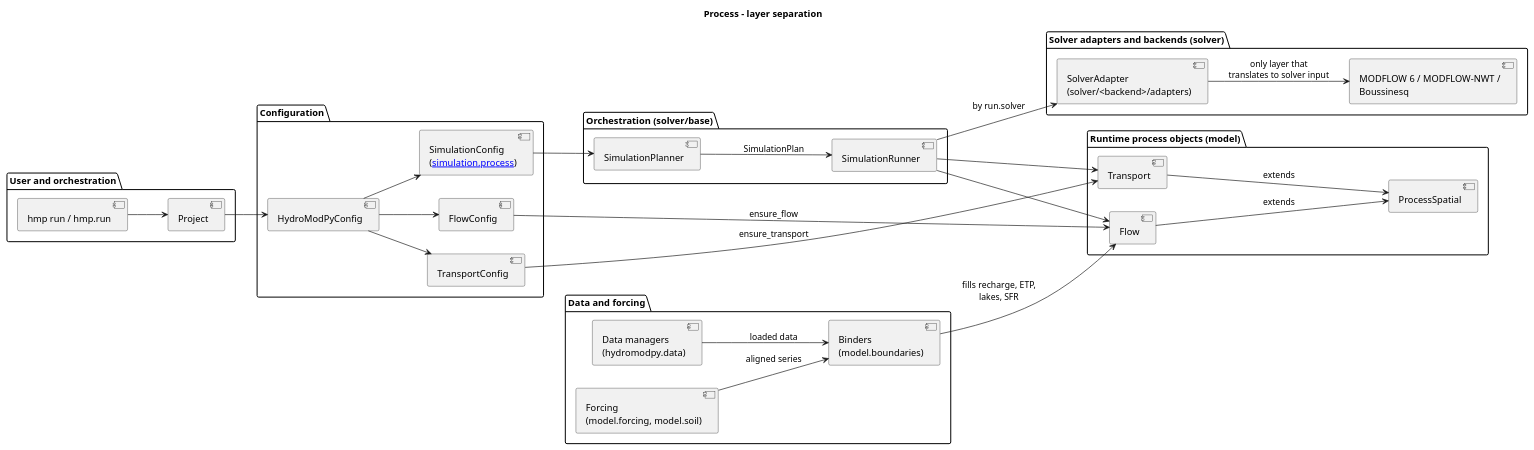
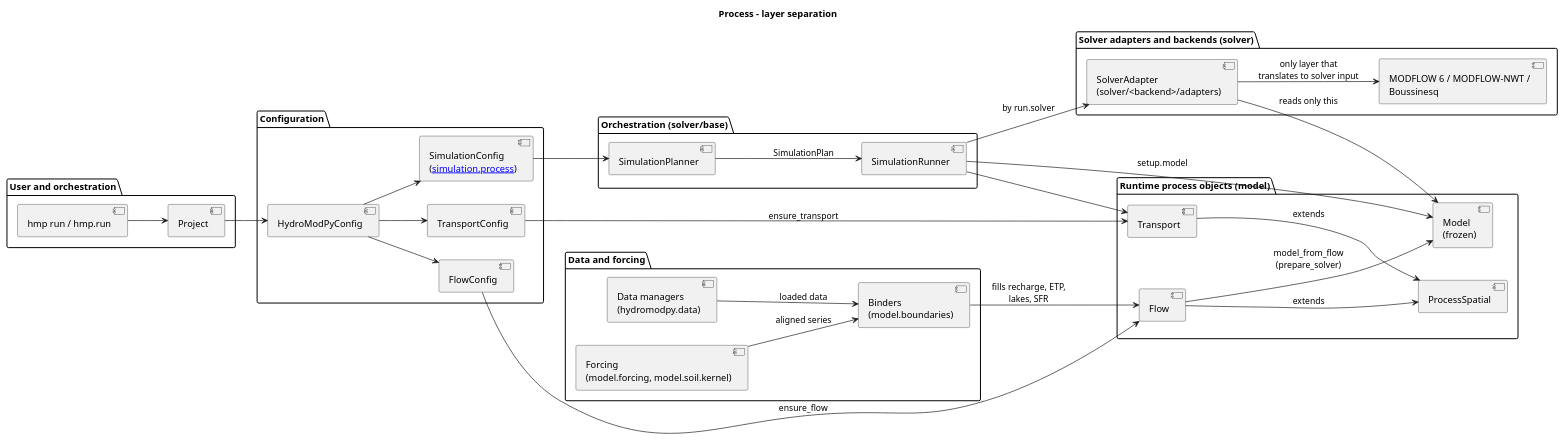
One commit to HydroModPy/HydroModPy changed the diagram in docs/source/contribute/architecture/process/diagrams/process_layered_components.wsd. Above: the diagram before and after it, drawn with PlantUML. The commit also changed 296 other files, not shown here.

```diff
--- a/docs/source/contribute/architecture/process/diagrams/process_layered_components.wsd
+++ b/docs/source/contribute/architecture/process/diagrams/process_layered_components.wsd
@@ -1,60 +1,63 @@
 @startuml
 title Process - layer separation
 left to right direction
 
 package "User and orchestration" {
   component "hmp run / hmp.run" as Entry
   component "Project" as ProjectFacade
 }
 
 package "Configuration" {
   component "HydroModPyConfig" as HydroModPyConfig
   component "FlowConfig" as FlowConfig
   component "TransportConfig" as TransportConfig
   component "SimulationConfig\n([[simulation.process]])" as SimulationConfig
 }
 
 package "Data and forcing" {
   component "Data managers\n(hydromodpy.data)" as DataManagers
   component "Binders\n(model.boundaries)" as Binders
-  component "Forcing\n(model.forcing, model.soil)" as Forcing
+  component "Forcing\n(model.forcing, model.soil.kernel)" as Forcing
 }
 
 package "Runtime process objects (model)" {
   component "ProcessSpatial" as ProcessSpatial
   component "Flow" as Flow
+  component "Model\n(frozen)" as Model
   component "Transport" as Transport
 }
 
 package "Orchestration (solver/base)" {
   component "SimulationPlanner" as Planner
   component "SimulationRunner" as Runner
 }
 
 package "Solver adapters and backends (solver)" {
   component "SolverAdapter\n(solver/<backend>/adapters)" as Adapter
   component "MODFLOW 6 / MODFLOW-NWT /\nBoussinesq" as Backends
 }
 
 Entry --> ProjectFacade
 ProjectFacade --> HydroModPyConfig
 HydroModPyConfig --> FlowConfig
 HydroModPyConfig --> TransportConfig
 HydroModPyConfig --> SimulationConfig
 
 FlowConfig --> Flow : ensure_flow
 TransportConfig --> Transport : ensure_transport
 Flow --> ProcessSpatial : extends
 Transport --> ProcessSpatial : extends
 
 DataManagers --> Binders : loaded data
 Forcing --> Binders : aligned series
 Binders --> Flow : fills recharge, ETP,\nlakes, SFR
+Flow --> Model : model_from_flow\n(prepare_solver)
 
 SimulationConfig --> Planner
 Planner --> Runner : SimulationPlan
-Runner --> Flow
+Runner --> Model : setup.model
 Runner --> Transport
 Runner --> Adapter : by run.solver
+Adapter --> Model : reads only this
 Adapter --> Backends : only layer that\ntranslates to solver input
 @enduml
```
